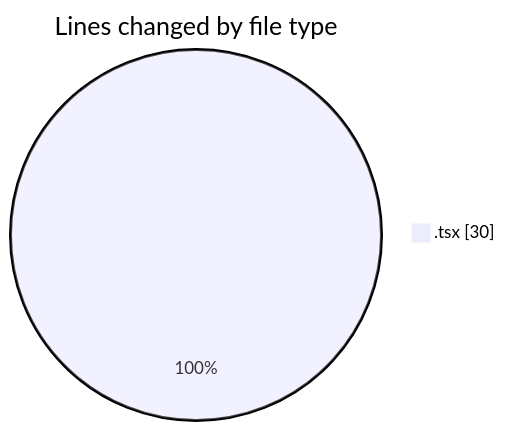
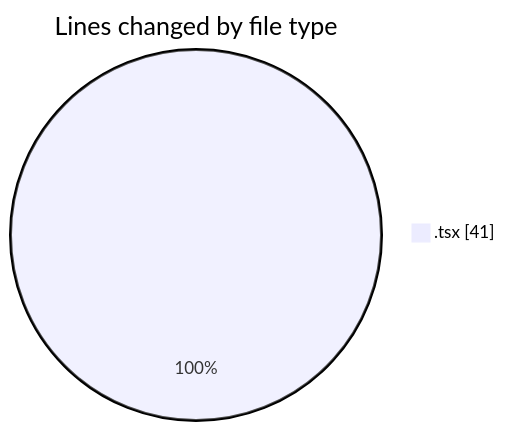
The first of 2 diagrams in 2025-11-20/cda/README.md (momahboobian/code-tracking), drawn with Mermaid before and after one commit. The commit also changed other lines of this file and 1 other file, not shown here.

````diff
--- a/2025-11-20/cda/README.md
+++ b/2025-11-20/cda/README.md
@@ -20,5 +20,5 @@
 ```mermaid
 pie showData
 title Lines changed by file type
-".tsx" : 30
+".tsx" : 41
 ```
````
